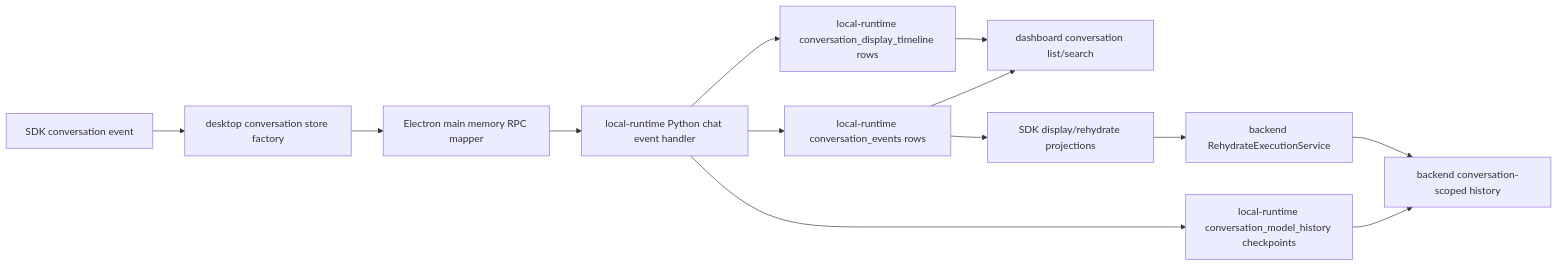
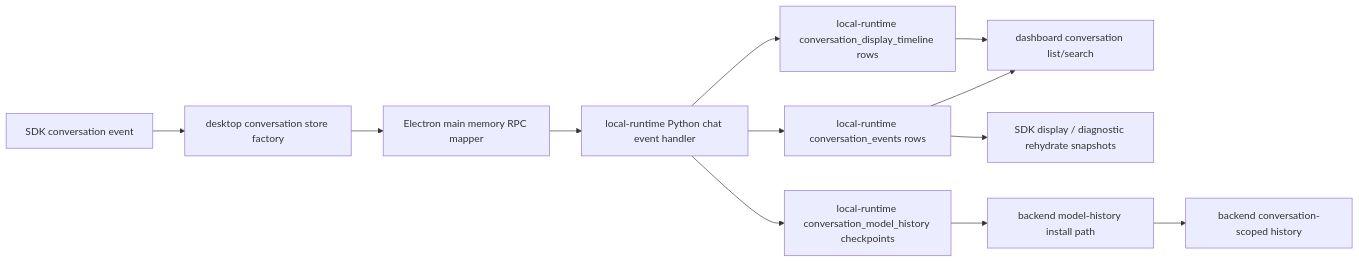
The diagram in docs/memory/transcript_replay_change_workflow.md (buiilding/My_Own_OpenClaw), drawn with Mermaid before and after one commit. The commit also changed other lines of this file and 7 other files, not shown here.

````diff
--- a/docs/memory/transcript_replay_change_workflow.md
+++ b/docs/memory/transcript_replay_change_workflow.md
@@ -28,15 +28,14 @@
 ```mermaid
 flowchart LR
     A["SDK conversation event"] --> B["desktop conversation store factory"]
     B --> C["Electron main memory RPC mapper"]
     C --> D["local-runtime Python chat event handler"]
     D --> E["local-runtime conversation_events rows"]
     D --> T["local-runtime conversation_display_timeline rows"]
     D --> H["local-runtime conversation_model_history checkpoints"]
     E --> F["dashboard conversation list/search"]
-    E --> G["SDK display/rehydrate projections"]
+    E --> G["SDK display / diagnostic rehydrate snapshots"]
     T --> F
-    G --> I["backend RehydrateExecutionService"]
     H --> J["backend model-history install path"]
-    I --> J["backend conversation-scoped history"]
+    J --> I["backend conversation-scoped history"]
 ```
````
